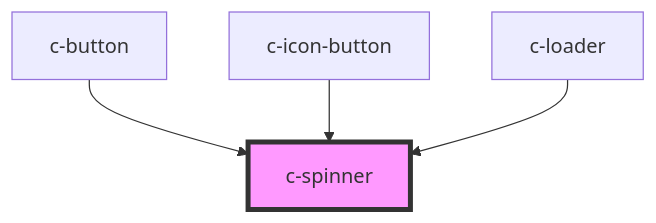
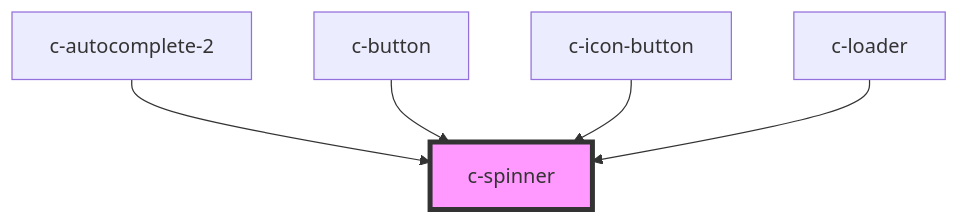
Before and after one commit to CSCfi/ui: the diagram in packages/csc-ui/src/components/c-spinner/readme.md, drawn with Mermaid. The commit also changed other lines of this file and 14 other files, not shown here.

````diff
--- a/packages/csc-ui/src/components/c-spinner/readme.md
+++ b/packages/csc-ui/src/components/c-spinner/readme.md
@@ -26,7 +27,8 @@
 ```mermaid
 graph TD;
+  c-autocomplete-2 --> c-spinner
   c-button --> c-spinner
   c-icon-button --> c-spinner
   c-loader --> c-spinner
   style c-spinner fill:#f9f,stroke:#333,stroke-width:4px
 ```
````
